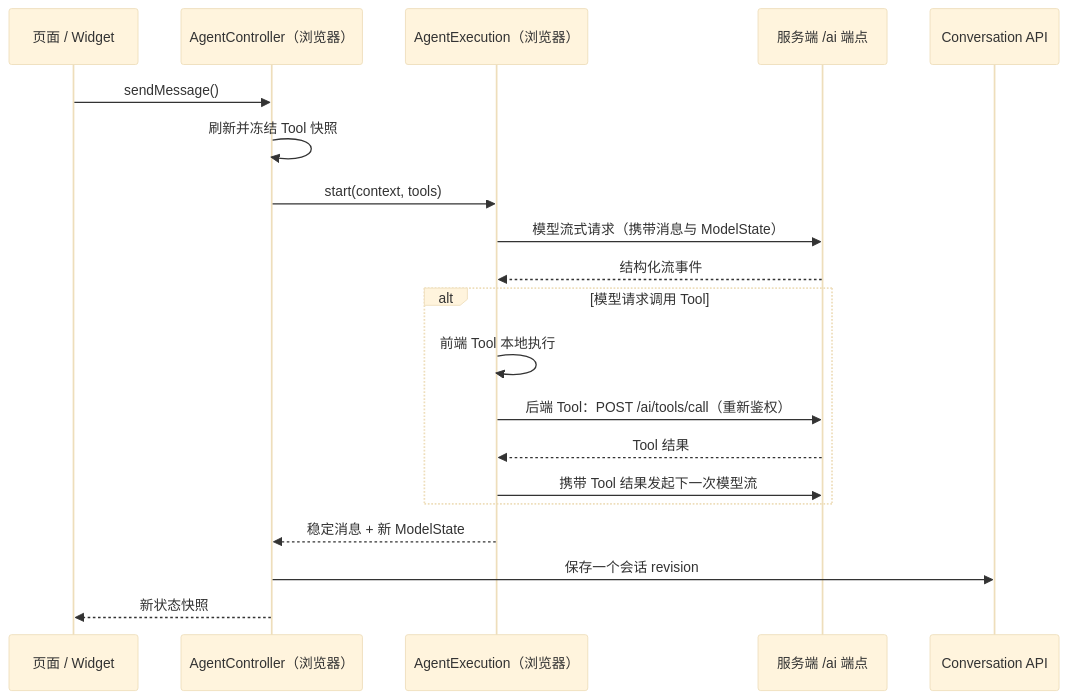
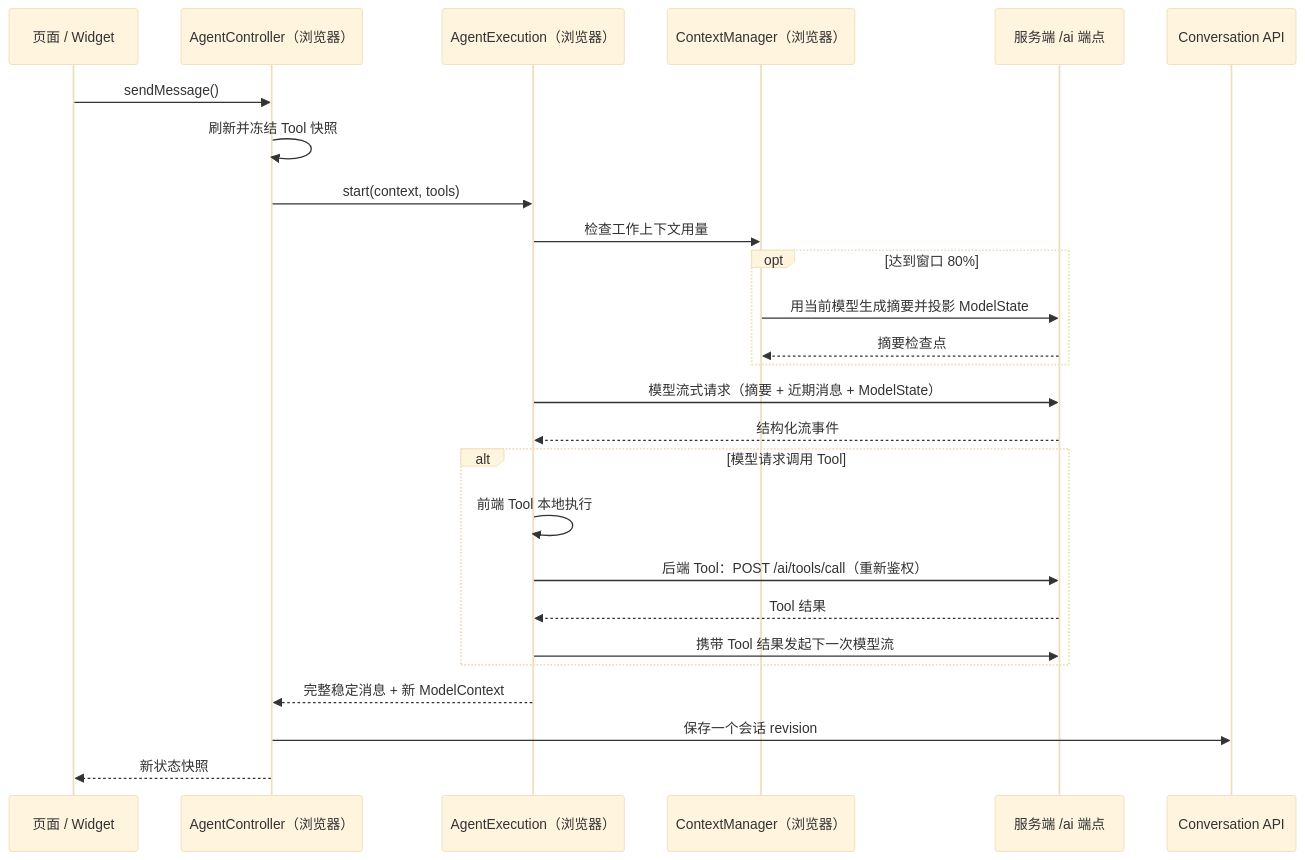
One commit to HanHan666666/patchbridge-agent changed the second of 2 diagrams in README.md. Above: the diagram before and after it, drawn with Mermaid (base theme). The commit also changed other lines of this file and 98 other files, not shown here.

````diff
--- a/README.md
+++ b/README.md
@@ -325,23 +326,29 @@
 ```mermaid
 sequenceDiagram
     participant V as 页面 / Widget
     participant C as AgentController（浏览器）
     participant E as AgentExecution（浏览器）
+    participant X as ContextManager（浏览器）
     participant S as 服务端 /ai 端点
     participant P as Conversation API
 
     V->>C: sendMessage()
     C->>C: 刷新并冻结 Tool 快照
     C->>E: start(context, tools)
-    E->>S: 模型流式请求（携带消息与 ModelState）
+    E->>X: 检查工作上下文用量
+    opt 达到窗口 80%
+        X->>S: 用当前模型生成摘要并投影 ModelState
+        S-->>X: 摘要检查点
+    end
+    E->>S: 模型流式请求（摘要 + 近期消息 + ModelState）
     S-->>E: 结构化流事件
     alt 模型请求调用 Tool
         E->>E: 前端 Tool 本地执行
         E->>S: 后端 Tool：POST /ai/tools/call（重新鉴权）
         S-->>E: Tool 结果
         E->>S: 携带 Tool 结果发起下一次模型流
     end
-    E-->>C: 稳定消息 + 新 ModelState
+    E-->>C: 完整稳定消息 + 新 ModelContext
     C->>P: 保存一个会话 revision
     C-->>V: 新状态快照
 ```
````
